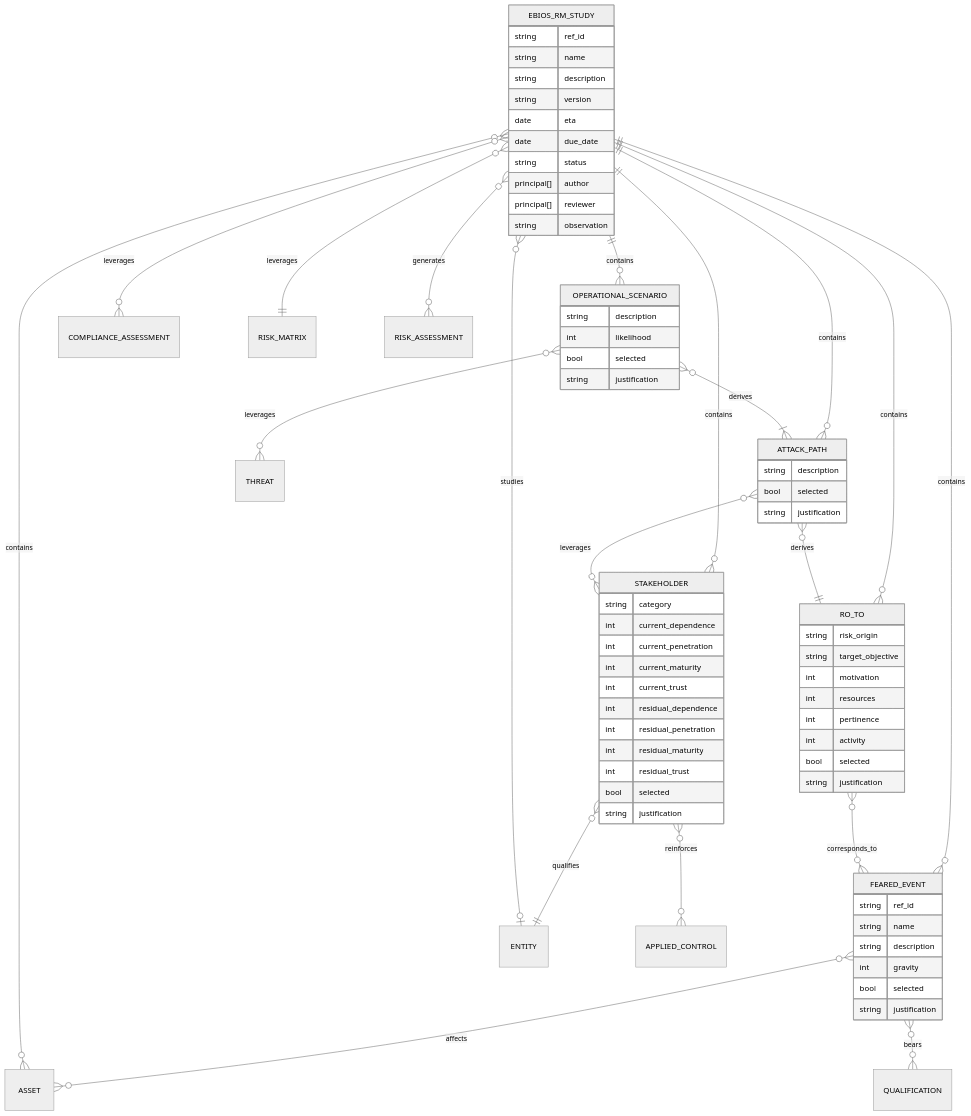
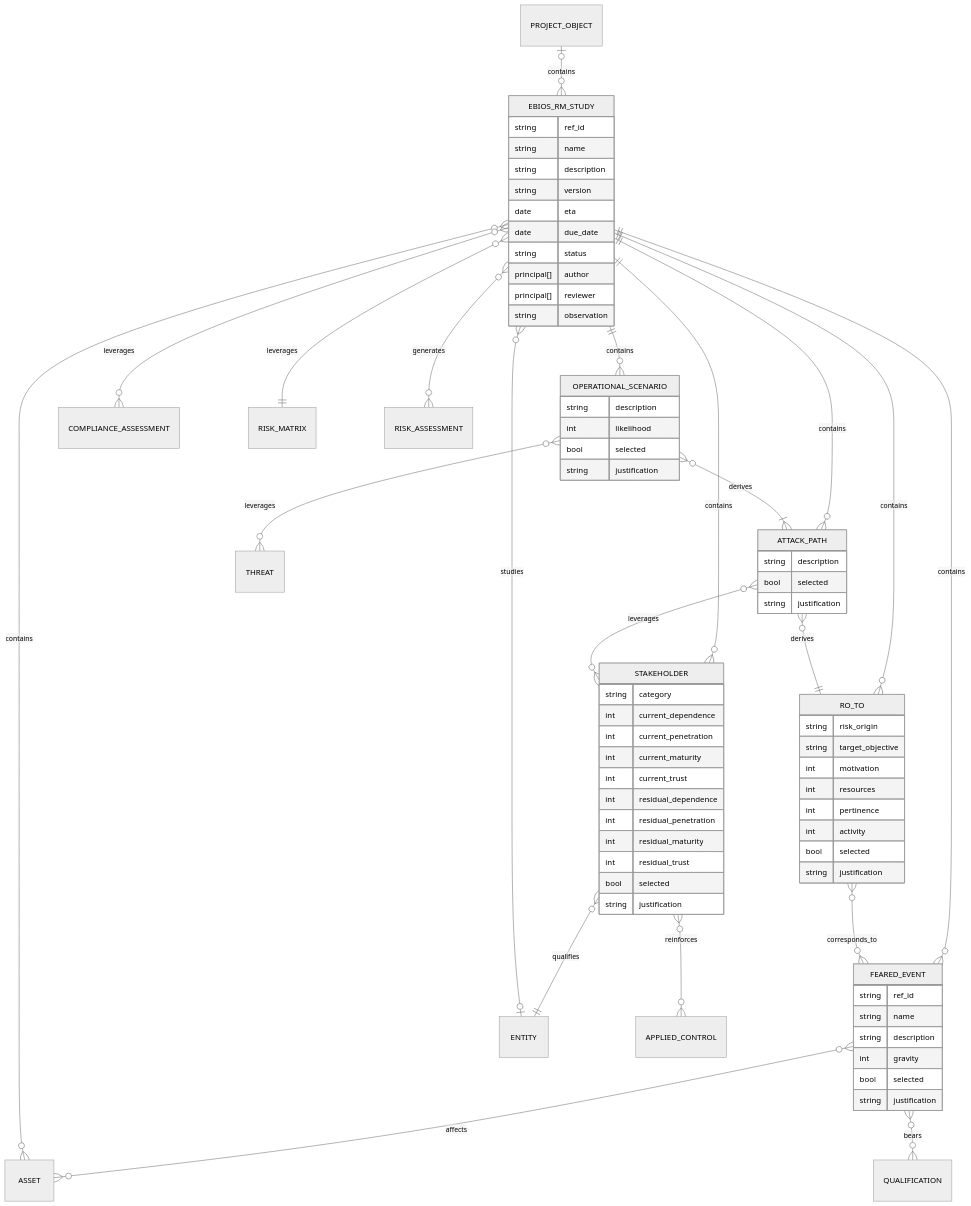
Before and after one commit to intuitem/ciso-assistant-community: diagram 12 of 12 in documentation/architecture/data-model.md, drawn with Mermaid (neutral theme). The commit also changed other lines of this file, not shown here.

```diff
--- a/documentation/architecture/data-model.md
+++ b/documentation/architecture/data-model.md
@@ -1297,6 +1338,7 @@
     ATTACK_PATH           }o--o{ STAKEHOLDER          : leverages
     STAKEHOLDER           }o--o{ APPLIED_CONTROL      : reinforces
     FEARED_EVENT          }o--o{ QUALIFICATION        : bears
+    PROJECT_OBJECT        |o--o{ EBIOS_RM_STUDY       : contains
 
     EBIOS_RM_STUDY {
         string      ref_id
```
